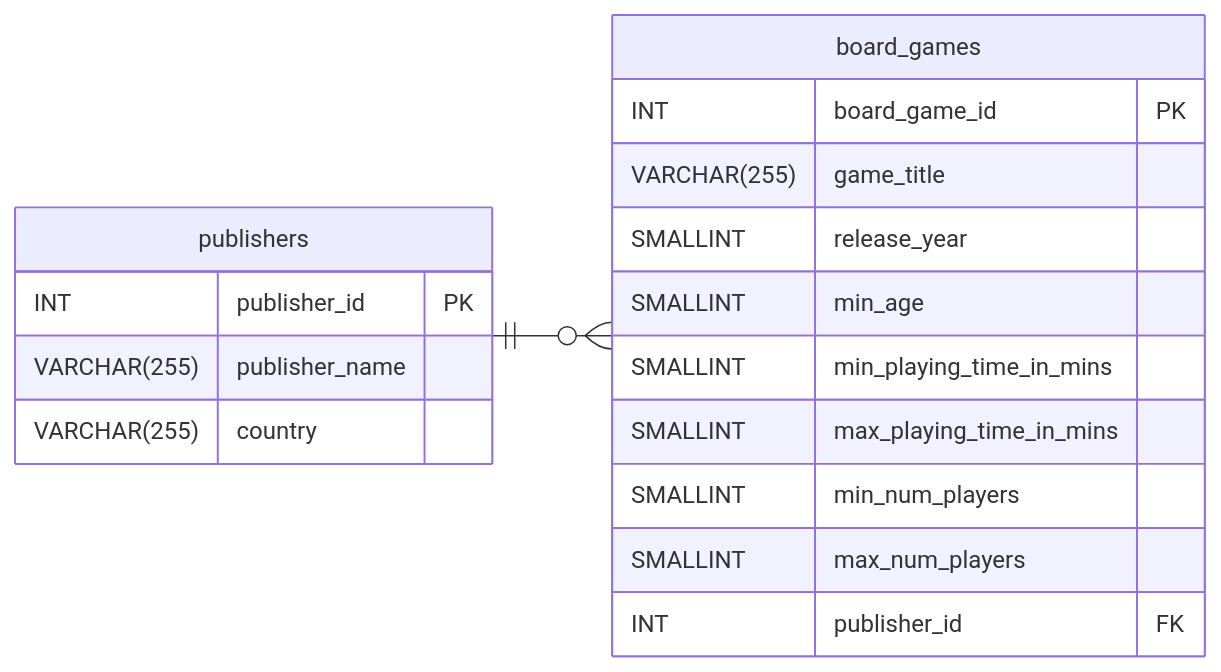
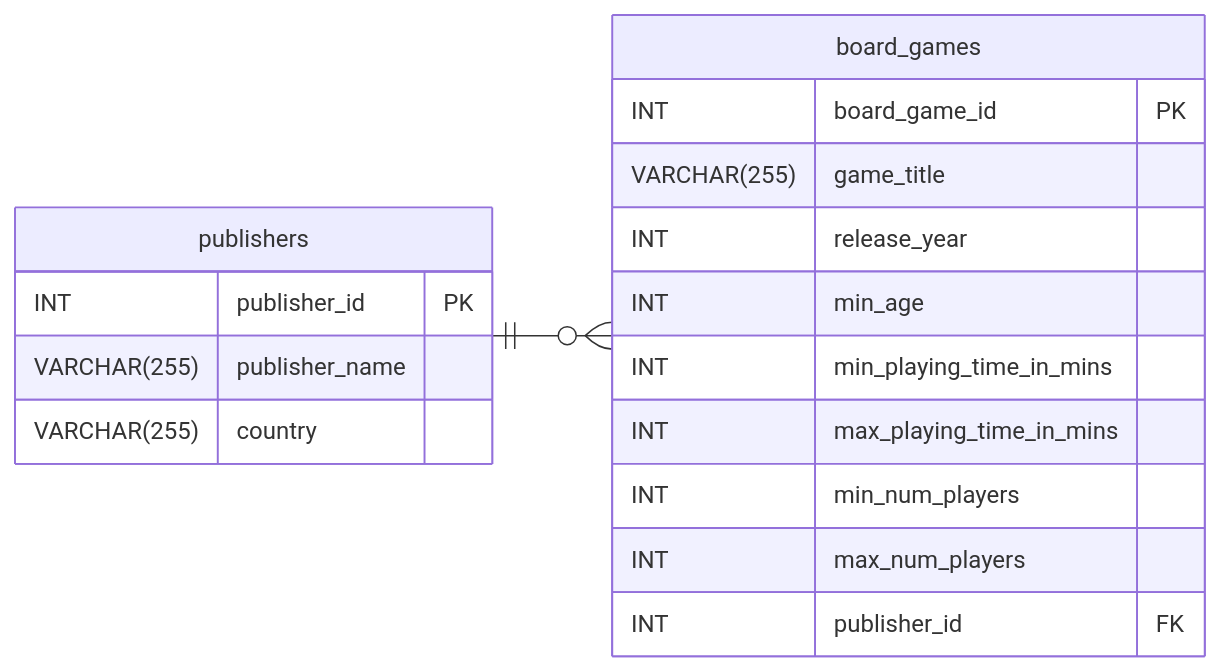
The first of 2 diagrams in module_3_relationships/3.1_one_to_many_relationships/3.1.3_reading_more_one_to_many_examples.md (mmantle-hud/githubpages), drawn with Mermaid before and after one commit. The commit also changed other lines of this file, not shown here.

```diff
--- a/module_3_relationships/3.1_one_to_many_relationships/3.1.3_reading_more_one_to_many_examples.md
+++ b/module_3_relationships/3.1_one_to_many_relationships/3.1.3_reading_more_one_to_many_examples.md
@@ -17,24 +17,24 @@
 <pre class="mermaid">
 erDiagram 
     accTitle: Logical model.
     accDescr: Logical model showing board games and publishers.
     direction LR
     publishers||--o{board_games : ""
 
     publishers{
         INT publisher_id PK
         VARCHAR(255) publisher_name
         VARCHAR(255) country
     }
     board_games{
         INT board_game_id PK
         VARCHAR(255) game_title  
-        SMALLINT release_year  
-        SMALLINT min_age  
-        SMALLINT min_playing_time_in_mins  
-        SMALLINT max_playing_time_in_mins  
-        SMALLINT min_num_players  
-        SMALLINT max_num_players  
+        INT release_year  
+        INT min_age  
+        INT min_playing_time_in_mins  
+        INT max_playing_time_in_mins  
+        INT min_num_players  
+        INT max_num_players  
         INT publisher_id FK 
     }
 </pre>
```
